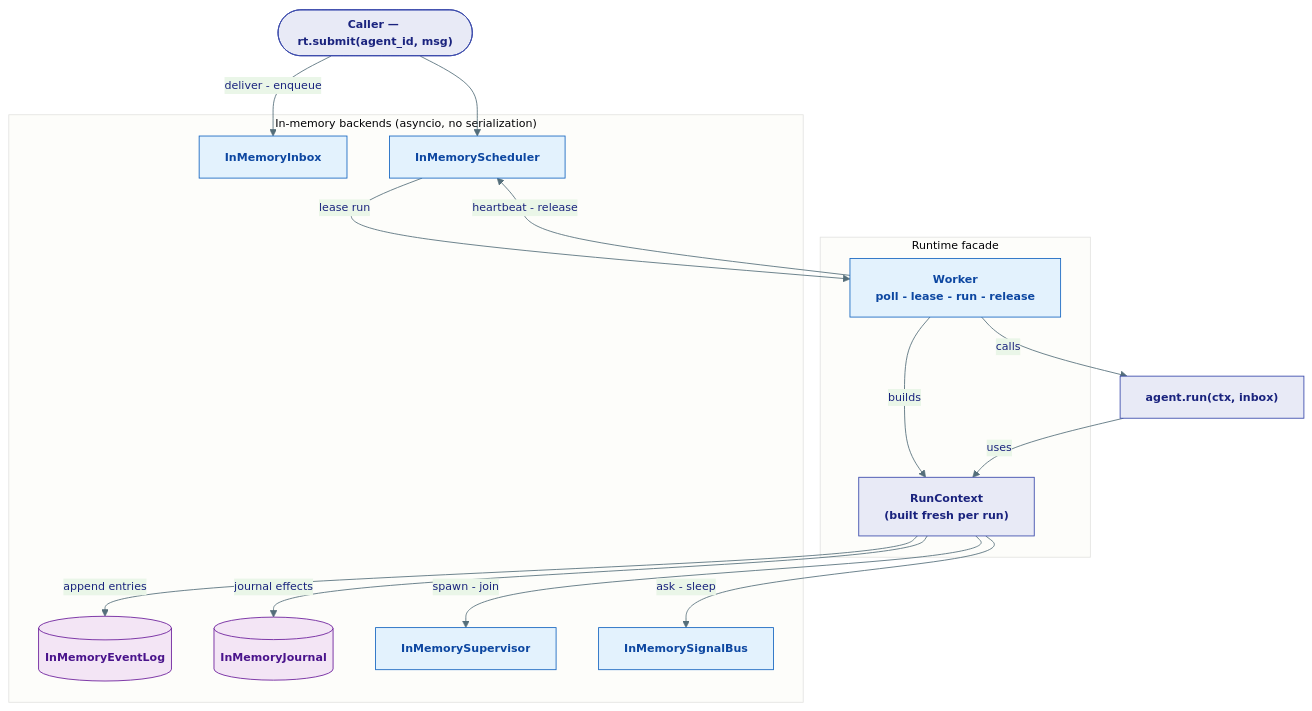
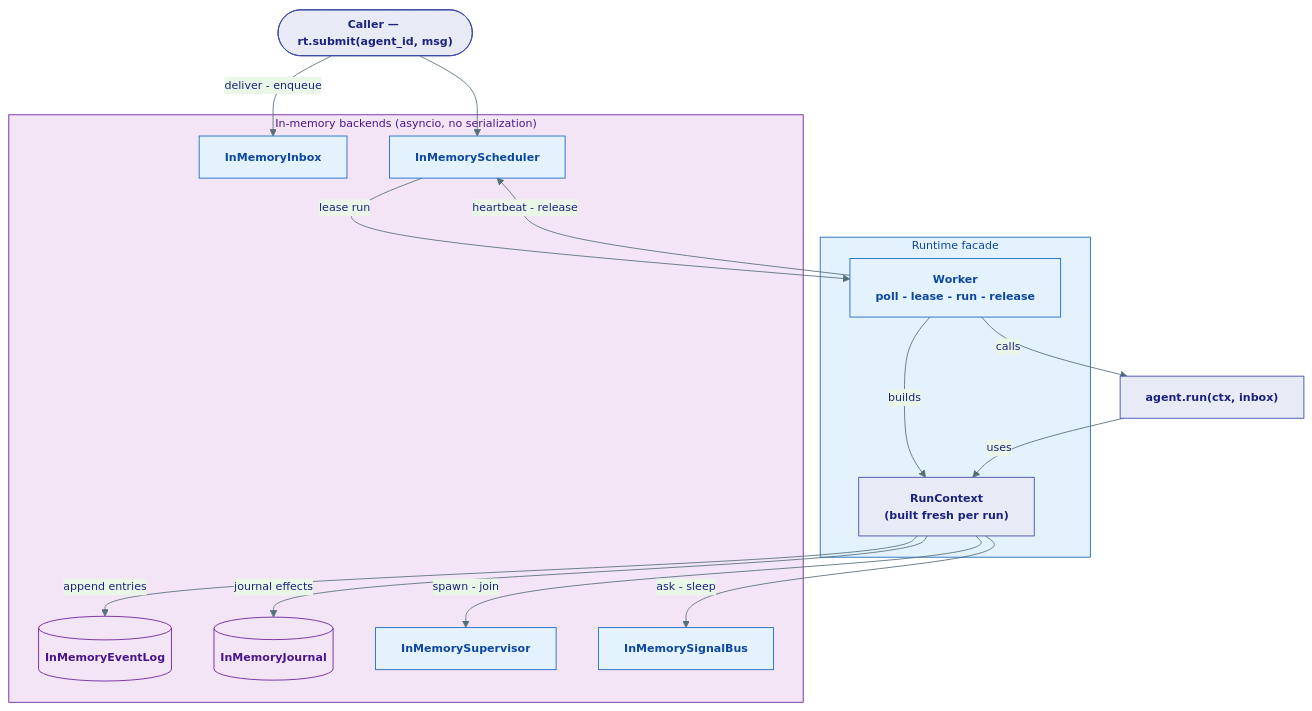
The first of 4 diagrams in agents/agent-substrate/docs/agents/02-runtime.md (Ravikumarchavva/agent-substrate), drawn with Mermaid before and after one commit. The commit also changed 13 other files, not shown here.

Commit message:
style: enhance diagram aesthetics with color coding and improve Mermaid integration

````diff
--- a/agents/agent-substrate/docs/agents/02-runtime.md
+++ b/agents/agent-substrate/docs/agents/02-runtime.md
@@ -55,37 +55,40 @@
 ```mermaid
 %%{init: {'theme': 'base', 'themeVariables': {'primaryColor': '#E8EAF6','primaryTextColor': '#1A237E','primaryBorderColor': '#3949AB','lineColor': '#546E7A','fontSize': '13px'}}}%%
 flowchart TB
     classDef runtime fill:#E3F2FD,stroke:#1565C0,color:#0D47A1,font-weight:bold
     classDef agent fill:#E8EAF6,stroke:#3949AB,color:#1A237E,font-weight:bold
     classDef store fill:#F3E5F5,stroke:#6A1B9A,color:#4A148C,font-weight:bold
 
     C(["Caller — rt.submit(agent_id, msg)"]):::agent
 
     subgraph RT["Runtime facade"]
         WK["Worker<br/>poll - lease - run - release"]:::runtime
         CTX["RunContext<br/>(built fresh per run)"]:::agent
     end
 
     subgraph BK["In-memory backends (asyncio, no serialization)"]
         EL[("InMemoryEventLog")]:::store
         JN[("InMemoryJournal")]:::store
         INB["InMemoryInbox"]:::runtime
         SCH["InMemoryScheduler"]:::runtime
         SUP["InMemorySupervisor"]:::runtime
         SIG["InMemorySignalBus"]:::runtime
     end
 
+    style RT fill:#e3f2fd,stroke:#1565c0,color:#0d47a1
+    style BK fill:#f3e5f5,stroke:#6a1b9a,color:#4a148c
+
     AG["agent.run(ctx, inbox)"]:::agent
 
     C -->|"deliver - enqueue"| INB
     C --> SCH
     SCH -->|"lease run"| WK
     WK -->|"builds"| CTX
     WK -->|"calls"| AG
     AG -->|"uses"| CTX
     CTX -->|"append entries"| EL
     CTX -->|"journal effects"| JN
     CTX -->|"spawn - join"| SUP
     CTX -->|"ask - sleep"| SIG
     WK -->|"heartbeat - release"| SCH
 ```
````
